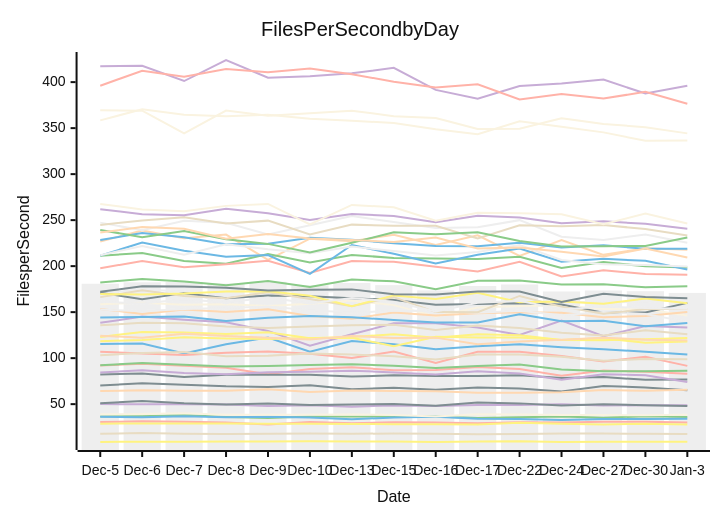
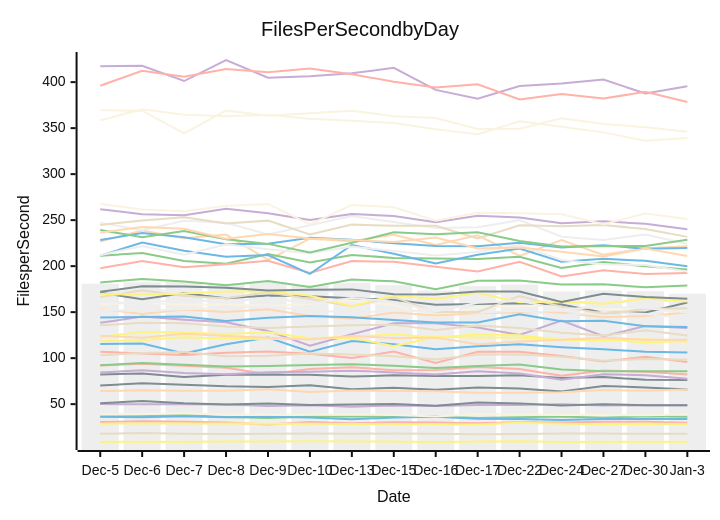
The diagram in perf-report.md (streetsidesoftware/cspell), drawn with Mermaid (neutral theme) before and after one commit. The commit also changed other lines of this file and 1 other file, not shown here.

````diff
--- a/perf-report.md
+++ b/perf-report.md
@@ -10,57 +10,57 @@
 ```mermaid
 xychart-beta
     title Files Per Second by Day
     y-axis Files per Second
     x-axis Date [Dec-5, Dec-6, Dec-7, Dec-8, Dec-9, Dec-10, Dec-13, Dec-15, Dec-16, Dec-17, Dec-22, Dec-24, Dec-27, Dec-30, Jan-3]
-    bar [180.86, 182.42, 182.83, 180.95, 182.95, 179.19, 181.65, 179.36, 173.64, 178.43, 180.09, 172.48, 173.54, 172.79, 170.90]
-    line [115.50, 115.87, 105.20, 115.20, 122.48, 107.06, 118.54, 115.18, 109.59, 113.00, 115.03, 111.88, 109.68, 107.07, 103.94]
-    line [36.55, 36.94, 38.11, 36.16, 34.90, 36.59, 36.61, 36.51, 36.62, 35.07, 35.79, 36.55, 35.09, 36.98, 36.16]
-    line [138.36, 145.16, 141.72, 138.92, 129.58, 113.42, 125.88, 138.00, 137.98, 133.31, 125.20, 140.89, 123.76, 134.99, 133.34]
-    line [135.71, 138.36, 137.92, 134.36, 132.66, 134.27, 135.78, 136.38, 130.55, 135.39, 132.89, 127.54, 124.61, 130.19, 126.07]
-    line [91.97, 93.82, 91.60, 89.44, 82.46, 88.30, 90.18, 86.83, 87.07, 90.37, 88.26, 80.81, 86.47, 85.34, 82.91]
-    line [8.86, 9.19, 9.24, 9.33, 9.47, 9.61, 9.47, 9.27, 8.94, 9.45, 9.78, 8.90, 9.07, 9.12, 9.14]
-    line [82.13, 83.39, 79.45, 81.95, 82.06, 81.96, 79.96, 81.37, 80.53, 80.51, 81.49, 78.49, 79.44, 76.50, 76.88]
-    line [226.75, 238.77, 230.39, 234.25, 206.87, 229.87, 227.19, 234.07, 222.96, 233.49, 211.10, 228.39, 212.27, 219.38, 217.80]
-    line [158.70, 160.32, 157.97, 158.53, 156.72, 159.18, 162.67, 157.64, 145.39, 155.01, 156.77, 157.19, 153.46, 153.21, 146.23]
-    line [247.30, 238.91, 249.28, 247.23, 234.36, 244.44, 254.37, 247.88, 241.35, 242.19, 249.98, 231.90, 228.38, 234.40, 225.35]
-    line [36.40, 35.75, 36.91, 35.78, 36.33, 35.41, 33.56, 35.56, 36.21, 34.19, 33.89, 32.69, 33.95, 33.78, 34.13]
-    line [92.21, 94.67, 92.84, 90.85, 91.43, 92.60, 93.37, 91.85, 89.18, 91.59, 93.06, 87.76, 85.72, 85.81, 86.29]
-    line [417.32, 417.87, 401.19, 424.05, 404.78, 406.35, 409.54, 415.50, 391.53, 381.89, 395.71, 398.52, 402.79, 387.60, 396.14]
-    line [17.91, 18.52, 17.91, 17.46, 17.89, 18.13, 17.78, 18.13, 17.93, 17.37, 17.53, 18.08, 17.97, 17.93, 17.60]
-    line [30.63, 31.36, 30.89, 30.17, 27.90, 30.55, 29.22, 30.21, 30.10, 29.27, 30.24, 30.04, 30.99, 30.88, 30.15]
-    line [123.07, 128.36, 127.97, 126.37, 128.11, 121.50, 122.96, 125.85, 122.14, 126.07, 124.95, 119.60, 119.43, 120.64, 121.79]
-    line [70.27, 72.65, 71.06, 69.32, 68.69, 70.43, 66.11, 67.91, 65.71, 68.06, 67.11, 63.78, 69.83, 68.15, 65.22]
-    line [153.46, 148.08, 152.95, 150.14, 153.13, 145.78, 142.78, 149.53, 146.32, 148.93, 149.89, 149.32, 144.39, 145.93, 150.27]
-    line [38.95, 39.16, 39.98, 38.54, 38.36, 38.36, 38.81, 38.12, 36.63, 38.97, 38.70, 38.32, 38.26, 37.85, 38.59]
-    line [170.24, 174.62, 172.41, 159.51, 174.62, 171.51, 173.65, 165.49, 162.20, 168.07, 171.52, 161.55, 160.38, 161.25, 164.25]
-    line [228.42, 235.98, 231.28, 223.81, 224.38, 230.73, 228.56, 225.00, 222.02, 221.71, 225.51, 220.33, 222.69, 218.79, 218.83]
-    line [211.25, 214.29, 205.55, 202.50, 213.14, 203.97, 212.22, 208.88, 208.37, 207.77, 210.28, 198.12, 204.40, 199.78, 198.43]
-    line [84.45, 86.85, 83.80, 82.54, 84.79, 85.17, 86.33, 84.51, 82.32, 85.67, 83.25, 76.44, 82.43, 81.41, 74.13]
-    line [244.77, 249.57, 253.00, 246.33, 249.46, 234.43, 245.12, 243.88, 243.97, 230.01, 244.43, 243.32, 244.74, 240.28, 233.41]
-    line [197.69, 205.56, 198.75, 201.98, 205.78, 192.58, 205.45, 204.82, 199.34, 194.10, 204.78, 188.75, 195.62, 191.45, 190.71]
-    line [118.39, 119.81, 122.77, 121.45, 120.76, 121.79, 122.20, 112.97, 123.23, 122.39, 122.57, 119.82, 121.66, 116.64, 118.10]
-    line [171.12, 163.98, 170.66, 165.03, 168.12, 167.40, 165.15, 163.12, 158.04, 158.90, 159.56, 158.26, 149.38, 149.63, 160.08]
-    line [64.34, 65.01, 64.46, 64.51, 66.15, 63.18, 64.91, 64.35, 64.10, 62.51, 62.39, 63.01, 65.26, 64.66, 65.65]
-    line [358.41, 370.56, 364.48, 362.78, 364.44, 360.18, 358.05, 355.49, 348.84, 343.31, 357.38, 351.53, 345.39, 336.17, 336.58]
-    line [152.74, 150.88, 153.33, 154.58, 156.25, 152.15, 149.54, 151.43, 151.38, 149.35, 151.56, 146.50, 150.10, 148.04, 139.43]
-    line [211.40, 225.62, 216.82, 210.15, 212.06, 191.55, 223.01, 213.39, 202.82, 212.32, 219.19, 204.86, 207.97, 205.76, 196.38]
-    line [182.27, 185.97, 183.39, 179.18, 183.86, 177.29, 185.44, 183.45, 174.84, 184.02, 184.52, 180.06, 180.25, 176.99, 178.06]
-    line [50.03, 49.80, 49.98, 49.59, 47.97, 48.84, 47.30, 48.59, 47.94, 49.07, 48.96, 49.98, 48.46, 48.82, 48.71]
-    line [166.33, 173.70, 167.47, 165.08, 171.54, 164.38, 156.51, 166.27, 150.03, 149.99, 167.61, 155.99, 148.15, 153.37, 153.29]
-    line [106.94, 104.99, 103.46, 105.91, 107.21, 104.66, 100.11, 107.13, 94.87, 107.05, 106.83, 102.33, 96.35, 101.39, 91.60]
-    line [28.83, 29.04, 29.09, 29.10, 28.75, 28.65, 28.35, 28.26, 28.09, 27.81, 29.86, 28.77, 27.94, 28.71, 27.98]
-    line [50.85, 53.51, 50.97, 49.51, 50.73, 49.15, 49.54, 50.29, 48.39, 51.90, 50.84, 48.41, 49.94, 48.88, 48.09]
-    line [124.27, 122.27, 126.51, 124.16, 122.14, 120.17, 124.20, 121.82, 122.30, 114.99, 117.98, 119.98, 122.26, 120.11, 119.12]
-    line [369.35, 368.90, 344.39, 369.08, 363.46, 366.29, 369.00, 363.03, 361.09, 348.96, 349.43, 360.81, 354.60, 350.95, 344.31]
-    line [211.89, 221.99, 212.41, 223.76, 218.34, 214.11, 221.23, 216.34, 211.66, 215.40, 222.98, 206.68, 202.06, 201.20, 199.49]
-    line [144.20, 144.71, 145.14, 140.38, 143.82, 145.78, 144.45, 141.51, 138.80, 138.75, 147.65, 140.01, 140.67, 134.58, 138.30]
-    line [239.27, 231.52, 238.08, 229.24, 224.19, 214.79, 225.36, 236.86, 234.70, 236.77, 227.25, 221.39, 221.64, 222.00, 231.11]
-    line [261.91, 256.38, 255.24, 262.31, 257.60, 250.13, 256.58, 254.55, 247.67, 254.88, 252.93, 246.70, 248.73, 245.95, 240.67]
-    line [103.06, 105.64, 106.80, 101.95, 102.69, 105.10, 103.83, 102.19, 98.64, 104.01, 104.04, 101.53, 97.16, 99.08, 98.88]
-    line [396.11, 412.42, 405.98, 414.20, 410.80, 414.80, 408.65, 400.36, 394.11, 397.72, 381.16, 387.10, 382.18, 389.40, 376.57]
-    line [169.78, 169.21, 170.29, 172.44, 172.82, 167.78, 156.48, 168.20, 164.35, 171.17, 160.66, 161.47, 159.18, 164.75, 159.63]
-    line [172.07, 178.26, 177.85, 176.41, 173.41, 174.24, 174.74, 169.36, 169.15, 172.44, 172.46, 160.97, 170.04, 166.42, 165.10]
-    line [236.67, 242.41, 240.69, 229.87, 234.86, 230.17, 228.31, 226.27, 231.21, 219.13, 220.31, 215.56, 210.39, 219.17, 209.48]
-    line [267.54, 261.60, 259.75, 265.50, 267.60, 245.47, 266.55, 263.96, 249.42, 258.13, 257.62, 256.30, 245.45, 257.10, 246.29]
-    line [161.29, 159.50, 164.08, 160.40, 166.00, 159.37, 165.42, 161.29, 150.68, 160.30, 162.32, 152.82, 156.10, 154.49, 153.56]
+    bar [180.86, 182.42, 182.83, 180.95, 182.95, 179.19, 181.65, 179.36, 173.64, 178.43, 180.09, 172.48, 173.54, 172.79, 170.07]
+    line [115.50, 115.87, 105.20, 115.20, 122.48, 107.06, 118.54, 115.18, 109.59, 113.00, 115.03, 111.88, 109.68, 107.07, 106.25]
+    line [36.55, 36.94, 38.11, 36.16, 34.90, 36.59, 36.61, 36.51, 36.62, 35.07, 35.79, 36.55, 35.09, 36.98, 36.38]
+    line [138.36, 145.16, 141.72, 138.92, 129.58, 113.42, 125.88, 138.00, 137.98, 133.31, 125.20, 140.89, 123.76, 134.99, 132.64]
+    line [135.71, 138.36, 137.92, 134.36, 132.66, 134.27, 135.78, 136.38, 130.55, 135.39, 132.89, 127.54, 124.61, 130.19, 124.72]
+    line [91.97, 93.82, 91.60, 89.44, 82.46, 88.30, 90.18, 86.83, 87.07, 90.37, 88.26, 80.81, 86.47, 85.34, 82.22]
+    line [8.86, 9.19, 9.24, 9.33, 9.47, 9.61, 9.47, 9.27, 8.94, 9.45, 9.78, 8.90, 9.07, 9.12, 9.16]
+    line [82.13, 83.39, 79.45, 81.95, 82.06, 81.96, 79.96, 81.37, 80.53, 80.51, 81.49, 78.49, 79.44, 76.50, 76.34]
+    line [226.75, 238.77, 230.39, 234.25, 206.87, 229.87, 227.19, 234.07, 222.96, 233.49, 211.10, 228.39, 212.27, 219.38, 221.60]
+    line [158.70, 160.32, 157.97, 158.53, 156.72, 159.18, 162.67, 157.64, 145.39, 155.01, 156.77, 157.19, 153.46, 153.21, 148.91]
+    line [247.30, 238.91, 249.28, 247.23, 234.36, 244.44, 254.37, 247.88, 241.35, 242.19, 249.98, 231.90, 228.38, 234.40, 224.05]
+    line [36.40, 35.75, 36.91, 35.78, 36.33, 35.41, 33.56, 35.56, 36.21, 34.19, 33.89, 32.69, 33.95, 33.78, 33.96]
+    line [92.21, 94.67, 92.84, 90.85, 91.43, 92.60, 93.37, 91.85, 89.18, 91.59, 93.06, 87.76, 85.72, 85.81, 85.78]
+    line [417.32, 417.87, 401.19, 424.05, 404.78, 406.35, 409.54, 415.50, 391.53, 381.89, 395.71, 398.52, 402.79, 387.60, 395.60]
+    line [17.91, 18.52, 17.91, 17.46, 17.89, 18.13, 17.78, 18.13, 17.93, 17.37, 17.53, 18.08, 17.97, 17.93, 17.83]
+    line [30.63, 31.36, 30.89, 30.17, 27.90, 30.55, 29.22, 30.21, 30.10, 29.27, 30.24, 30.04, 30.99, 30.88, 29.79]
+    line [123.07, 128.36, 127.97, 126.37, 128.11, 121.50, 122.96, 125.85, 122.14, 126.07, 124.95, 119.60, 119.43, 120.64, 117.82]
+    line [70.27, 72.65, 71.06, 69.32, 68.69, 70.43, 66.11, 67.91, 65.71, 68.06, 67.11, 63.78, 69.83, 68.15, 65.99]
+    line [153.46, 148.08, 152.95, 150.14, 153.13, 145.78, 142.78, 149.53, 146.32, 148.93, 149.89, 149.32, 144.39, 145.93, 149.70]
+    line [38.95, 39.16, 39.98, 38.54, 38.36, 38.36, 38.81, 38.12, 36.63, 38.97, 38.70, 38.32, 38.26, 37.85, 38.77]
+    line [170.24, 174.62, 172.41, 159.51, 174.62, 171.51, 173.65, 165.49, 162.20, 168.07, 171.52, 161.55, 160.38, 161.25, 162.72]
+    line [228.42, 235.98, 231.28, 223.81, 224.38, 230.73, 228.56, 225.00, 222.02, 221.71, 225.51, 220.33, 222.69, 218.79, 219.63]
+    line [211.25, 214.29, 205.55, 202.50, 213.14, 203.97, 212.22, 208.88, 208.37, 207.77, 210.28, 198.12, 204.40, 199.78, 196.30]
+    line [84.45, 86.85, 83.80, 82.54, 84.79, 85.17, 86.33, 84.51, 82.32, 85.67, 83.25, 76.44, 82.43, 81.41, 77.52]
+    line [244.77, 249.57, 253.00, 246.33, 249.46, 234.43, 245.12, 243.88, 243.97, 230.01, 244.43, 243.32, 244.74, 240.28, 231.82]
+    line [197.69, 205.56, 198.75, 201.98, 205.78, 192.58, 205.45, 204.82, 199.34, 194.10, 204.78, 188.75, 195.62, 191.45, 192.64]
+    line [118.39, 119.81, 122.77, 121.45, 120.76, 121.79, 122.20, 112.97, 123.23, 122.39, 122.57, 119.82, 121.66, 116.64, 119.03]
+    line [171.12, 163.98, 170.66, 165.03, 168.12, 167.40, 165.15, 163.12, 158.04, 158.90, 159.56, 158.26, 149.38, 149.63, 160.44]
+    line [64.34, 65.01, 64.46, 64.51, 66.15, 63.18, 64.91, 64.35, 64.10, 62.51, 62.39, 63.01, 65.26, 64.66, 65.89]
+    line [358.41, 370.56, 364.48, 362.78, 364.44, 360.18, 358.05, 355.49, 348.84, 343.31, 357.38, 351.53, 345.39, 336.17, 339.40]
+    line [152.74, 150.88, 153.33, 154.58, 156.25, 152.15, 149.54, 151.43, 151.38, 149.35, 151.56, 146.50, 150.10, 148.04, 143.32]
+    line [211.40, 225.62, 216.82, 210.15, 212.06, 191.55, 223.01, 213.39, 202.82, 212.32, 219.19, 204.86, 207.97, 205.76, 199.93]
+    line [182.27, 185.97, 183.39, 179.18, 183.86, 177.29, 185.44, 183.45, 174.84, 184.02, 184.52, 180.06, 180.25, 176.99, 178.92]
+    line [50.03, 49.80, 49.98, 49.59, 47.97, 48.84, 47.30, 48.59, 47.94, 49.07, 48.96, 49.98, 48.46, 48.82, 48.74]
+    line [166.33, 173.70, 167.47, 165.08, 171.54, 164.38, 156.51, 166.27, 150.03, 149.99, 167.61, 155.99, 148.15, 153.37, 154.17]
+    line [106.94, 104.99, 103.46, 105.91, 107.21, 104.66, 100.11, 107.13, 94.87, 107.05, 106.83, 102.33, 96.35, 101.39, 95.92]
+    line [28.83, 29.04, 29.09, 29.10, 28.75, 28.65, 28.35, 28.26, 28.09, 27.81, 29.86, 28.77, 27.94, 28.71, 28.29]
+    line [50.85, 53.51, 50.97, 49.51, 50.73, 49.15, 49.54, 50.29, 48.39, 51.90, 50.84, 48.41, 49.94, 48.88, 48.70]
+    line [124.27, 122.27, 126.51, 124.16, 122.14, 120.17, 124.20, 121.82, 122.30, 114.99, 117.98, 119.98, 122.26, 120.11, 120.07]
+    line [369.35, 368.90, 344.39, 369.08, 363.46, 366.29, 369.00, 363.03, 361.09, 348.96, 349.43, 360.81, 354.60, 350.95, 345.98]
+    line [211.89, 221.99, 212.41, 223.76, 218.34, 214.11, 221.23, 216.34, 211.66, 215.40, 222.98, 206.68, 202.06, 201.20, 194.13]
+    line [144.20, 144.71, 145.14, 140.38, 143.82, 145.78, 144.45, 141.51, 138.80, 138.75, 147.65, 140.01, 140.67, 134.58, 133.84]
+    line [239.27, 231.52, 238.08, 229.24, 224.19, 214.79, 225.36, 236.86, 234.70, 236.77, 227.25, 221.39, 221.64, 222.00, 228.77]
+    line [261.91, 256.38, 255.24, 262.31, 257.60, 250.13, 256.58, 254.55, 247.67, 254.88, 252.93, 246.70, 248.73, 245.95, 240.13]
+    line [103.06, 105.64, 106.80, 101.95, 102.69, 105.10, 103.83, 102.19, 98.64, 104.01, 104.04, 101.53, 97.16, 99.08, 98.33]
+    line [396.11, 412.42, 405.98, 414.20, 410.80, 414.80, 408.65, 400.36, 394.11, 397.72, 381.16, 387.10, 382.18, 389.40, 378.43]
+    line [169.78, 169.21, 170.29, 172.44, 172.82, 167.78, 156.48, 168.20, 164.35, 171.17, 160.66, 161.47, 159.18, 164.75, 161.43]
+    line [172.07, 178.26, 177.85, 176.41, 173.41, 174.24, 174.74, 169.36, 169.15, 172.44, 172.46, 160.97, 170.04, 166.42, 164.47]
+    line [236.67, 242.41, 240.69, 229.87, 234.86, 230.17, 228.31, 226.27, 231.21, 219.13, 220.31, 215.56, 210.39, 219.17, 210.98]
+    line [267.54, 261.60, 259.75, 265.50, 267.60, 245.47, 266.55, 263.96, 249.42, 258.13, 257.62, 256.30, 245.45, 257.10, 251.12]
+    line [161.29, 159.50, 164.08, 160.40, 166.00, 159.37, 165.42, 161.29, 150.68, 160.30, 162.32, 152.82, 156.10, 154.49, 149.59]
 ```
````
